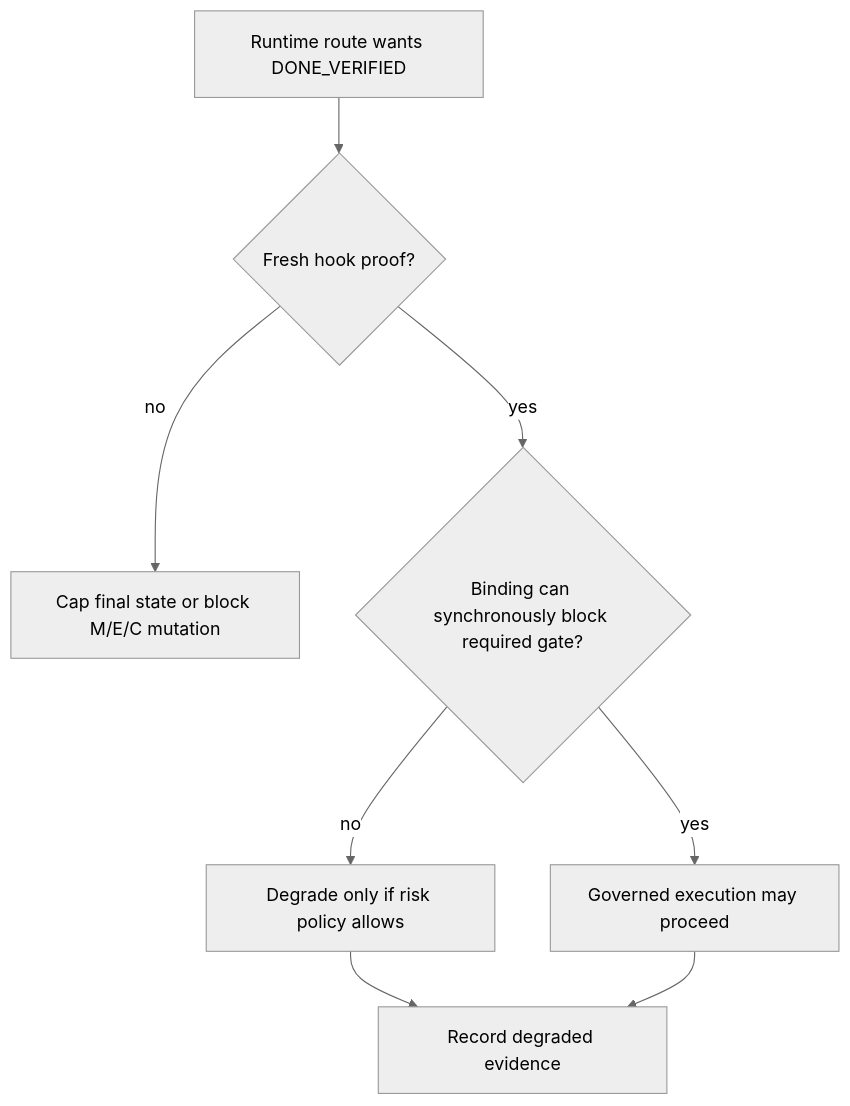
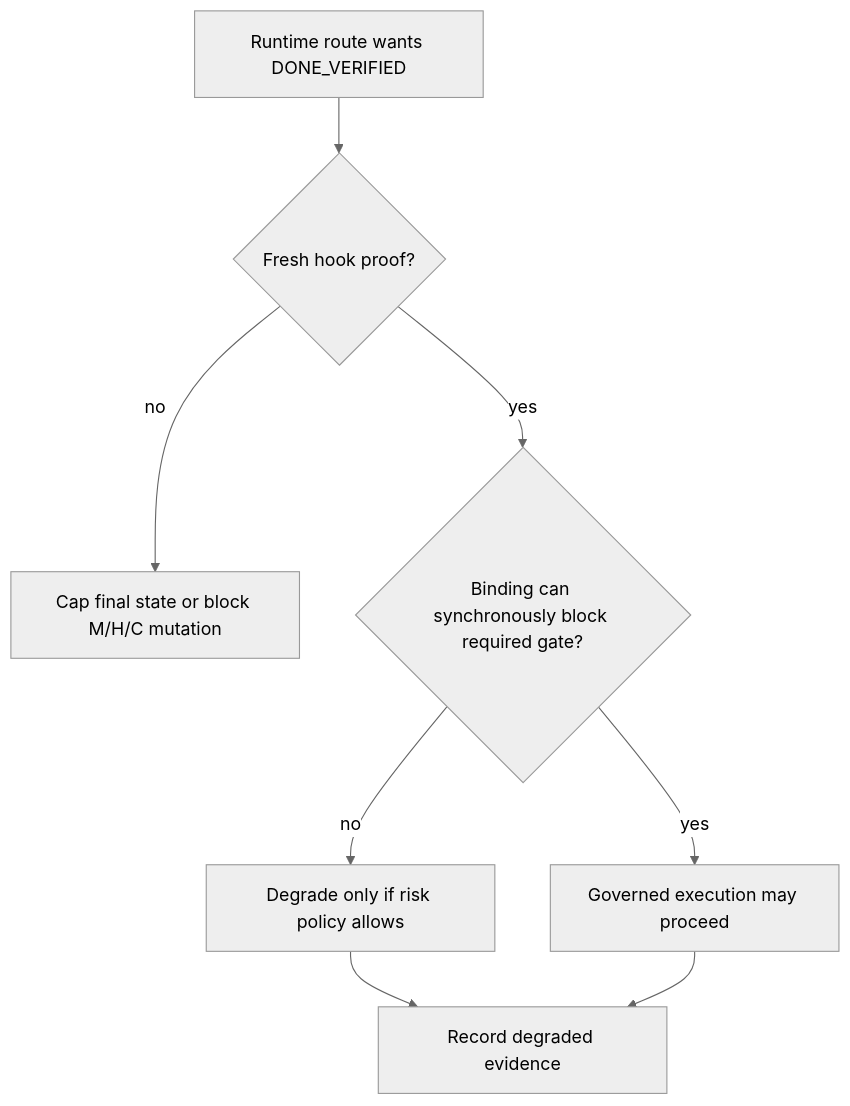
Before and after one commit to momomuchu/hima: diagram 15 of 16 in docs/propositions/pipeline-fractal-v4-final-proposal/08-architecture-generale.md, drawn with Mermaid (neutral theme). The commit also changed other lines of this file and 162 other files, not shown here.

````diff
--- a/docs/propositions/pipeline-fractal-v4-final-proposal/08-architecture-generale.md
+++ b/docs/propositions/pipeline-fractal-v4-final-proposal/08-architecture-generale.md
@@ -729,10 +729,10 @@
 ```mermaid
 flowchart TD
   Claim[Runtime route wants DONE_VERIFIED] --> Proof{Fresh hook proof?}
-  Proof -->|no| Cap[Cap final state or block M/E/C mutation]
+  Proof -->|no| Cap[Cap final state or block M/H/C mutation]
   Proof -->|yes| Binding{Binding can synchronously block required gate?}
   Binding -->|no| Degrade[Degrade only if risk policy allows]
   Binding -->|yes| Governed[Governed execution may proceed]
   Degrade --> Evidence[Record degraded evidence]
   Governed --> Evidence
 ```
````
